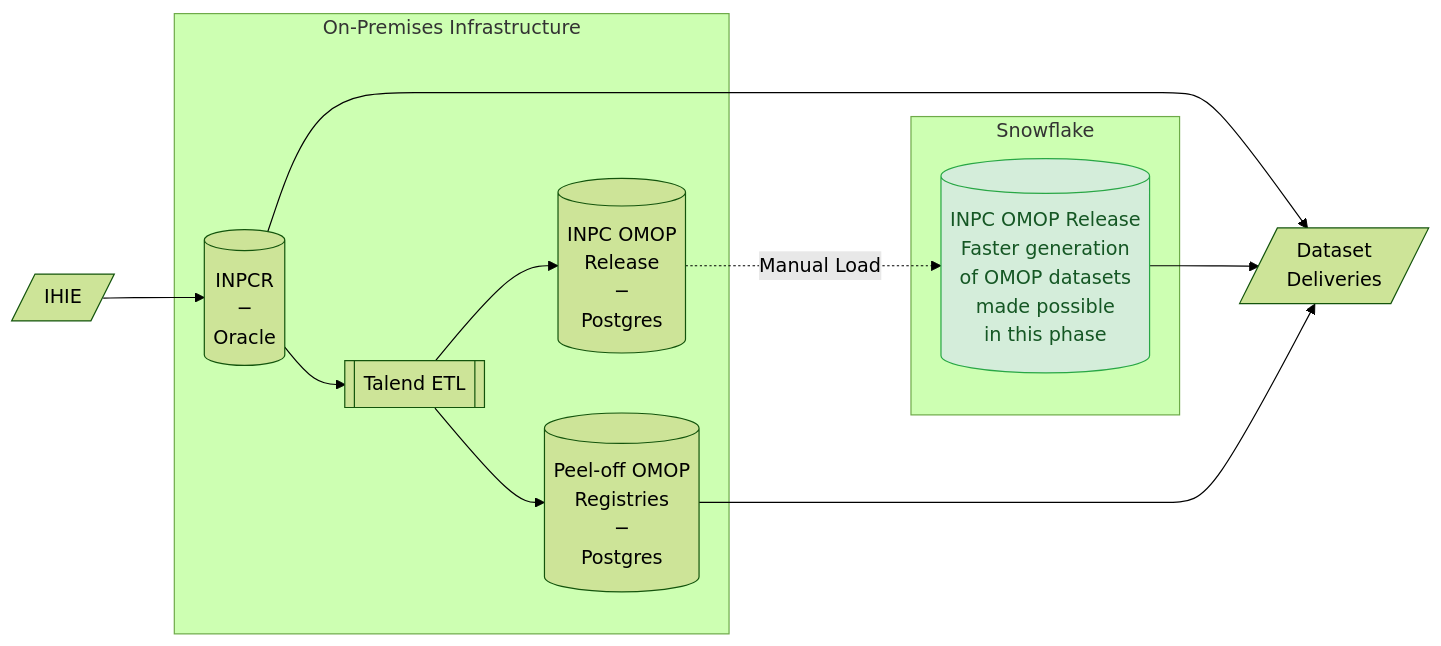
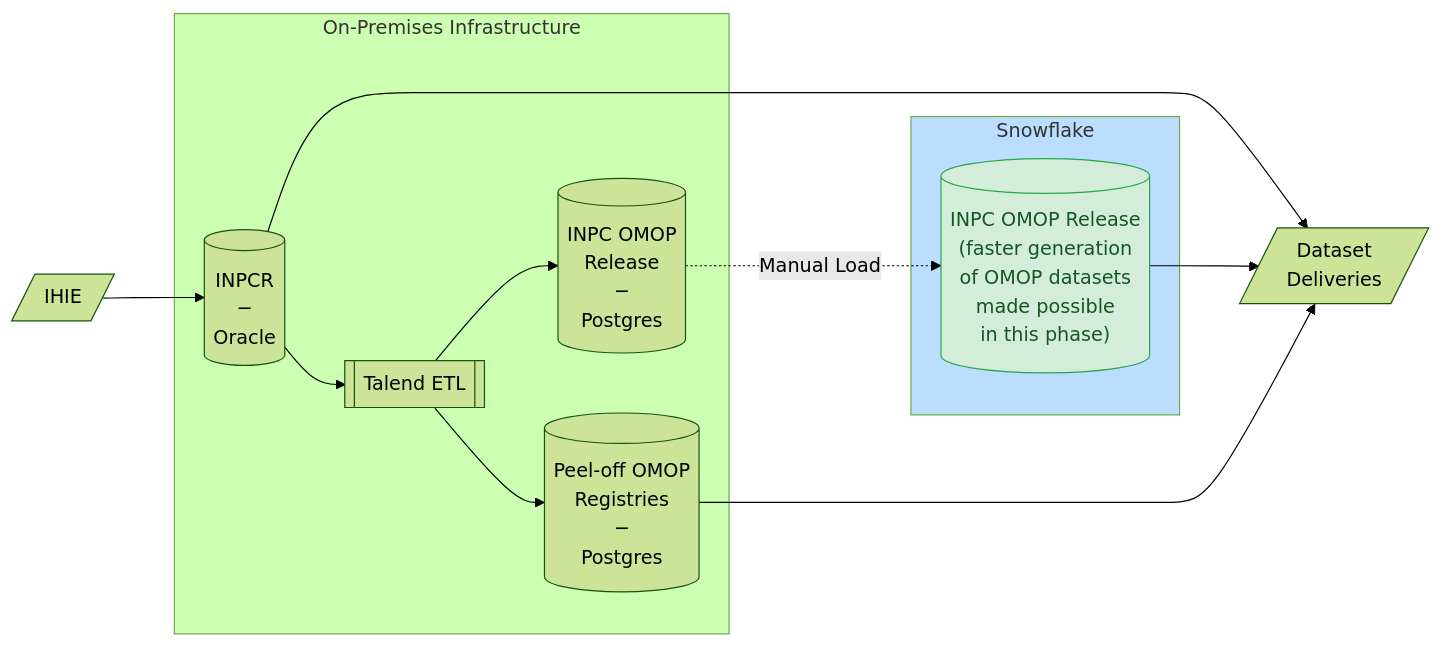
One commit to am202/documentation changed the second of 4 diagrams in README.md. Above: the diagram before and after it, drawn with Mermaid (forest theme). The commit also changed other lines of this file, not shown here.

````diff
--- a/README.md
+++ b/README.md
@@ -27,28 +27,29 @@
 ```mermaid
   flowchart LR
       ExtData[/"IHIE"/]
       subgraph onprem["On-Premises Infrastructure"]
           INPCR[("INPCR\n─\nOracle")]
           Talend[["Talend ETL"]]
           OMOP_PG[("INPC OMOP\nRelease\n─\nPostgres")]
           Registries[("Peel-off OMOP\nRegistries\n─\nPostgres")]
       end
 
       subgraph snowflake["Snowflake"]
-          OMOP_SF[("INPC OMOP Release\nFaster generation\nof OMOP datasets\nmade possible\nin this phase")]
+          OMOP_SF[("INPC OMOP Release\n(faster generation\nof OMOP datasets\nmade possible\nin this phase)")]
       end
+      style snowflake fill:#bbddff
 
       Deliveries[/"Dataset\nDeliveries"/]
 
       ExtData --> INPCR
       INPCR --> Talend
       INPCR --> Deliveries
       Talend --> OMOP_PG
       Talend --> Registries
       OMOP_PG -.->|"Manual Load"| OMOP_SF
       OMOP_SF --> Deliveries
       Registries --> Deliveries
 
       classDef newNode fill:#d4edda,stroke:#28a745,color:#155724
       class OMOP_SF newNode
 ```
````
